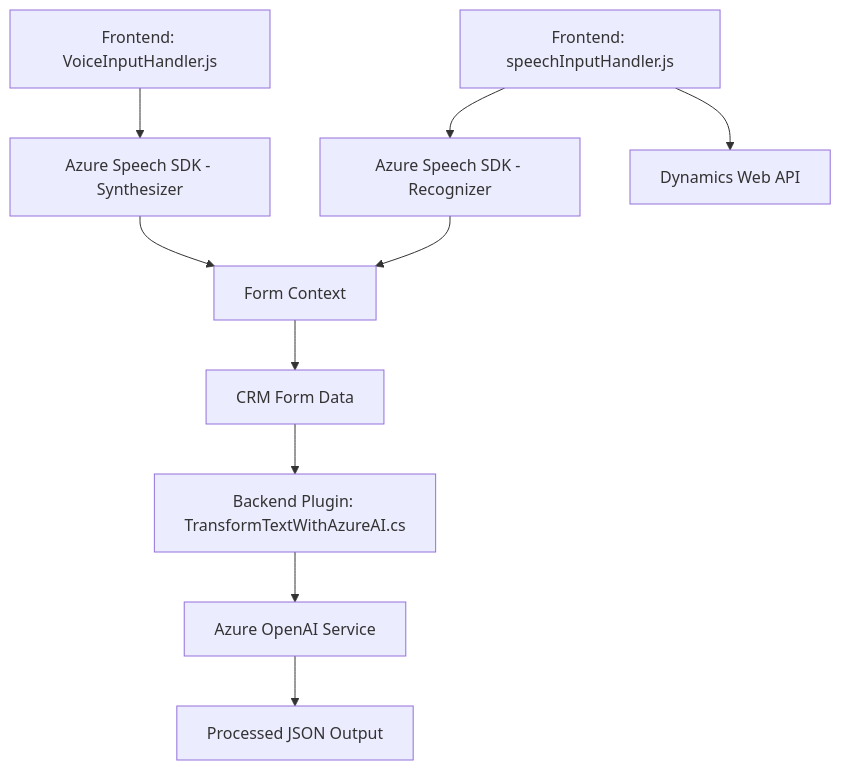
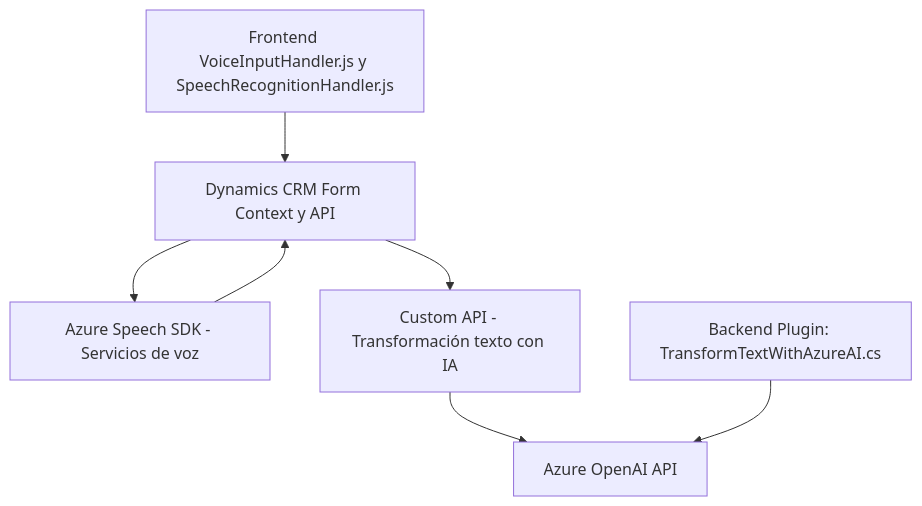
The diagram in README.md (blopezdm/NETCORE_BILBAO2025), drawn with Mermaid before and after one commit. The commit also changed other lines of this file, not shown here.

Commit message:
Actualizar análisis global de la solución con IA

````diff
--- a/README.md
+++ b/README.md
@@ -46,12 +43,16 @@
 ```mermaid
 graph TD
-    A["Frontend: VoiceInputHandler.js"] --> B["Azure Speech SDK - Synthesizer"]
-    C["Frontend: speechInputHandler.js"] --> D["Azure Speech SDK - Recognizer"]
-    C --> E["Dynamics Web API"]
-    B --> F["Form Context"]
+    A["Frontend VoiceInputHandler.js y SpeechRecognitionHandler.js"]
+    B["Dynamics CRM Form Context y API"]
+    C["Azure Speech SDK - Servicios de voz"]
+    D["Custom API - Transformación texto con IA"]
+    E["Backend Plugin: TransformTextWithAzureAI.cs"]
+    F["Azure OpenAI API"]
+
+    A --> B
+    B --> C
+    B --> D
     D --> F
-    F --> G["CRM Form Data"]
-    G --> H["Backend Plugin: TransformTextWithAzureAI.cs"]
-    H --> I["Azure OpenAI Service"]
-    I --> J["Processed JSON Output"]
+    E --> F
+    C --> B
 ```
````
